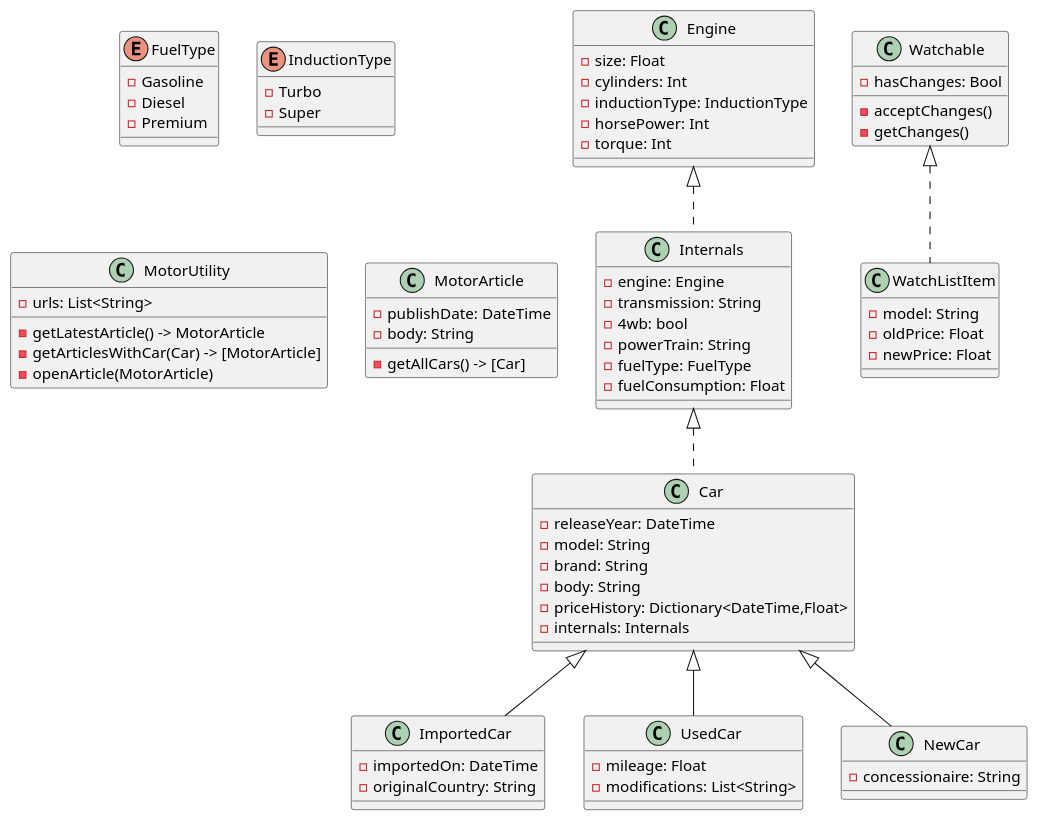
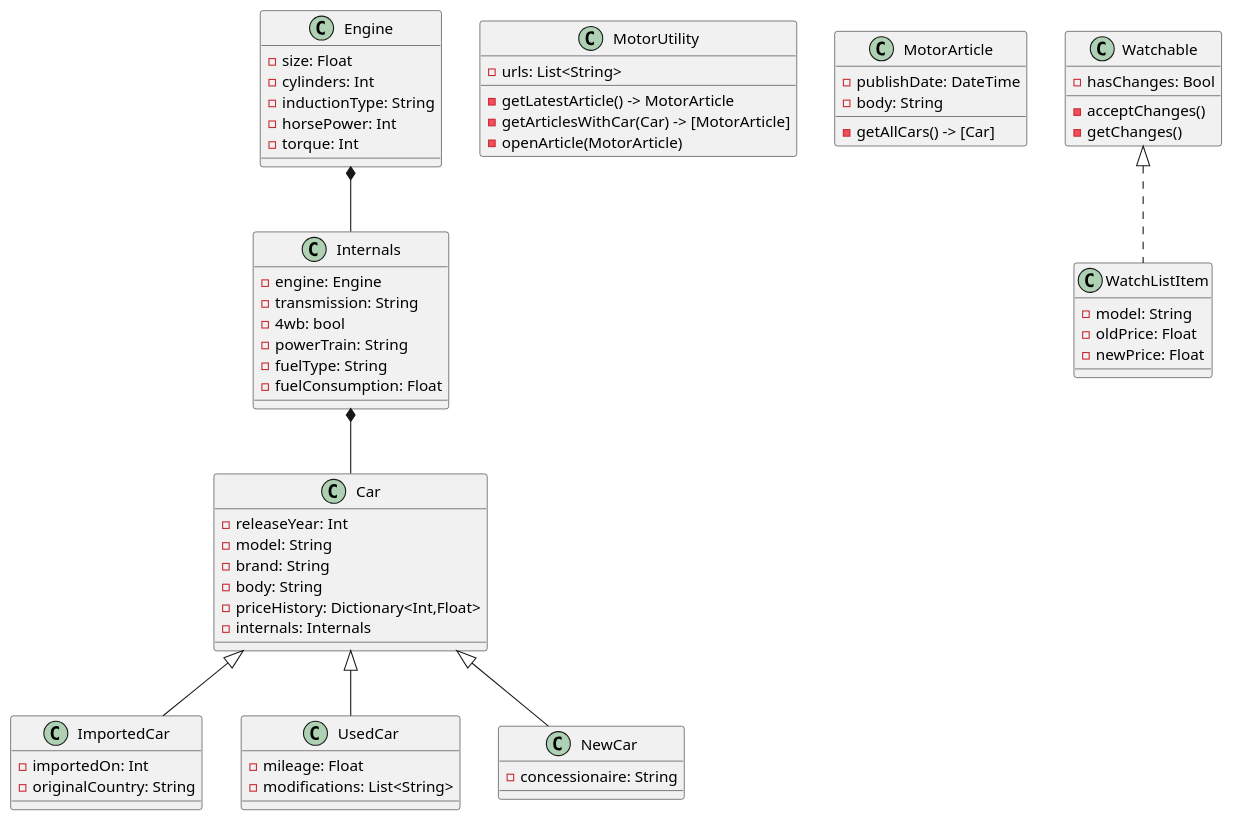
One commit to ooplata/carpedia changed the diagram in Carpedia.puml. Above: the diagram before and after it, drawn with PlantUML.

Commit message:
Updated vehicle classes in UML diagram

```diff
--- a/Carpedia.puml
+++ b/Carpedia.puml
@@ -1,77 +1,69 @@
 @startuml Project
 class ImportedCar extends Car {
-    -importedOn: DateTime
+    -importedOn: Int
     -originalCountry: String
 }
 
 class UsedCar extends Car {
     -mileage: Float
     -modifications: List<String>
 }
 
 class NewCar extends Car {
     -concessionaire: String
 }
 
-class Car implements Internals {
-    -releaseYear: DateTime
+Engine *-- Internals
+Internals *-- Car
+
+class Car {
+    -releaseYear: Int
     -model: String
     -brand: String
     -body: String
-    -priceHistory: Dictionary<DateTime,Float>
+    -priceHistory: Dictionary<Int,Float>
     -internals: Internals
 }
 
-class Internals implements Engine {
+class Internals {
     -engine: Engine
     -transmission: String
     -4wb: bool
     -powerTrain: String
-    -fuelType: FuelType
+    -fuelType: String
     -fuelConsumption: Float
-}
-
-enum FuelType {
-    -Gasoline
-    -Diesel
-    -Premium
 }
 
 class Engine {
     -size: Float
     -cylinders: Int
-    -inductionType: InductionType
+    -inductionType: String
     -horsePower: Int
     -torque: Int
-}
-
-enum InductionType {
-    -Turbo
-    -Super
 }
 
 class MotorUtility {
     -urls: List<String>
     -getLatestArticle() -> MotorArticle
     -getArticlesWithCar(Car) -> [MotorArticle]
     -openArticle(MotorArticle)
 }
 
 class MotorArticle {
     -publishDate: DateTime
     -body: String
     -getAllCars() -> [Car]
 }
 
 class WatchListItem implements Watchable {
     -model: String
     -oldPrice: Float
     -newPrice: Float
 }
 
 class Watchable {
     -hasChanges: Bool
     -acceptChanges()
     -getChanges()
 }
 @enduml
```
